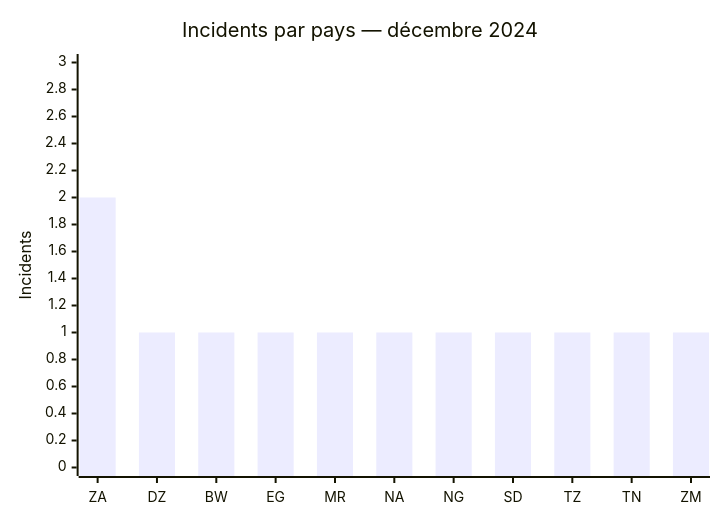
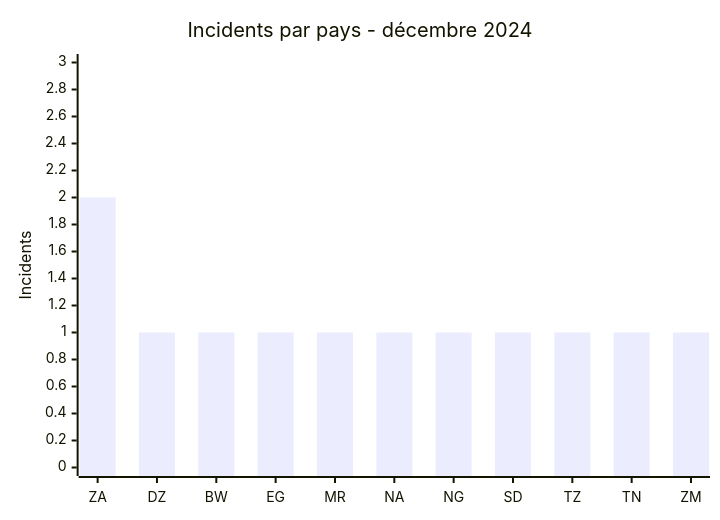
One commit to Hatchepsoute/AFRINTEL changed the first of 2 diagrams in CyberAttackAfrica/2024/12-december/README_FR.md. Above: the diagram before and after it, drawn with Mermaid. The commit also changed other lines of this file and 182 other files, not shown here.

````diff
--- a/CyberAttackAfrica/2024/12-december/README_FR.md
+++ b/CyberAttackAfrica/2024/12-december/README_FR.md
@@ -50,7 +50,7 @@
 ```mermaid
 xychart
-    title "Incidents par pays — décembre 2024"
+    title "Incidents par pays - décembre 2024"
     x-axis ["ZA","DZ","BW","EG","MR","NA","NG","SD","TZ","TN","ZM"]
     y-axis "Incidents" 0 --> 3
     bar [2,1,1,1,1,1,1,1,1,1,1]
 ```
````
